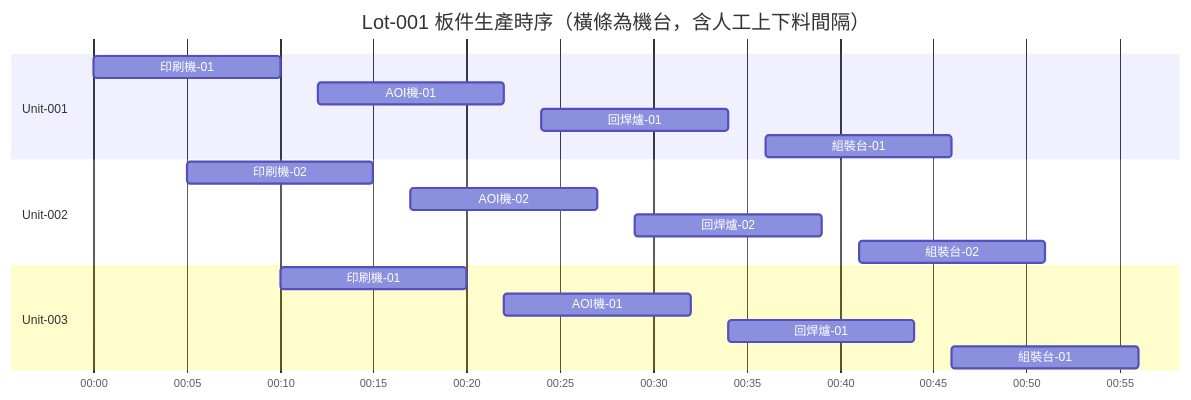
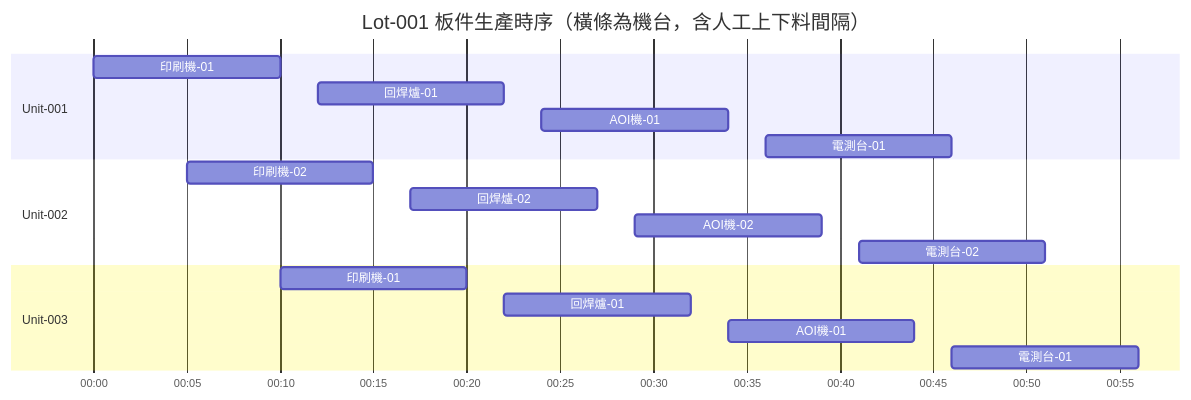
Before and after one commit to Williamrightone/iotpj: the second of 2 diagrams in domain/prd/1-process-scenario.md, drawn with Mermaid. The commit also changed other lines of this file and 7 other files, not shown here.

````diff
--- a/domain/prd/1-process-scenario.md
+++ b/domain/prd/1-process-scenario.md
@@ -103,24 +103,24 @@
 ```mermaid
 gantt
     title Lot-001 板件生產時序（橫條為機台，含人工上下料間隔）
     dateFormat HH:mm
     axisFormat %H:%M
 
     section Unit-001
     印刷機-01 :u1s1, 00:00, 10m
-    AOI機-01  :u1s2, 00:12, 10m
-    回焊爐-01 :u1s3, 00:24, 10m
-    組裝台-01 :u1s4, 00:36, 10m
+    回焊爐-01 :u1s2, 00:12, 10m
+    AOI機-01  :u1s3, 00:24, 10m
+    電測台-01 :u1s4, 00:36, 10m
 
     section Unit-002
     印刷機-02 :u2s1, 00:05, 10m
-    AOI機-02  :u2s2, 00:17, 10m
-    回焊爐-02 :u2s3, 00:29, 10m
-    組裝台-02 :u2s4, 00:41, 10m
+    回焊爐-02 :u2s2, 00:17, 10m
+    AOI機-02  :u2s3, 00:29, 10m
+    電測台-02 :u2s4, 00:41, 10m
 
     section Unit-003
     印刷機-01 :u3s1, 00:10, 10m
-    AOI機-01  :u3s2, 00:22, 10m
-    回焊爐-01 :u3s3, 00:34, 10m
-    組裝台-01 :u3s4, 00:46, 10m
+    回焊爐-01 :u3s2, 00:22, 10m
+    AOI機-01  :u3s3, 00:34, 10m
+    電測台-01 :u3s4, 00:46, 10m
 ```
````
